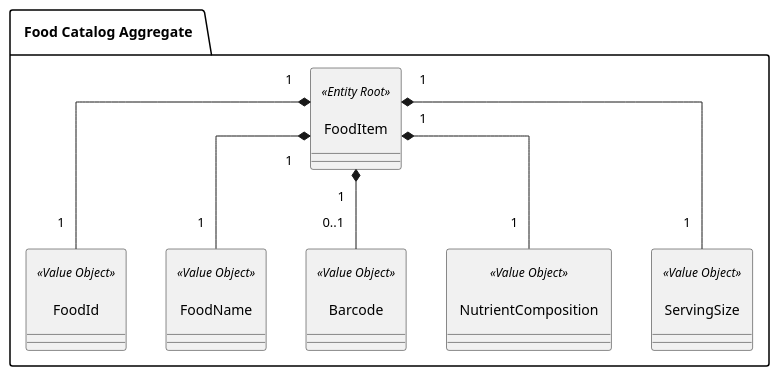
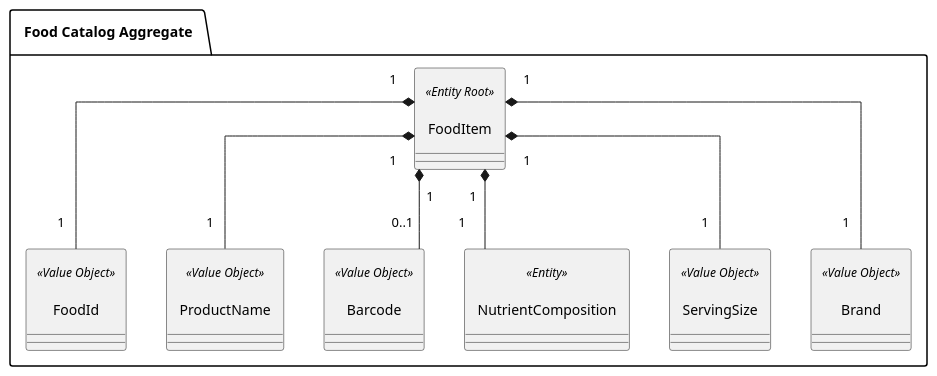
The diagram in backend/docs/global-artifacts/domainModel/domainModelExcerpts/food-catalog-aggregate.puml (Pedro-P21/FitMaxxer), drawn with PlantUML before and after one commit. The commit also changed 5 other files, not shown here.

```diff
--- a/backend/docs/global-artifacts/domainModel/domainModelExcerpts/food-catalog-aggregate.puml
+++ b/backend/docs/global-artifacts/domainModel/domainModelExcerpts/food-catalog-aggregate.puml
@@ -1,25 +1,28 @@
 @startuml
 top to bottom direction
 skinparam linetype ortho
 hide circle
 skinparam nodesep 40
 skinparam ranksep 80
 skinparam padding 10
 
 
 package "Food Catalog Aggregate" {
     class FoodItem <<Entity Root>> {}
     class FoodId <<Value Object>>  {}
-    class FoodName <<Value Object>> {}
+    class ProductName <<Value Object>> {}
     class Barcode <<Value Object>> {}
-    class NutrientComposition <<Value Object>> {}
+    class NutrientComposition <<Entity>> {}
     class ServingSize <<Value Object>> {}
+    class Brand <<Value Object>>{}
 }
 
 
 FoodItem "1" *-- "1" FoodId
-FoodItem "1" *-- "1" FoodName
+FoodItem "1" *-- "1" ProductName
 FoodItem "1" *-- "0..1" Barcode
 FoodItem "1" *-- "1" NutrientComposition
 FoodItem "1" *-- "1" ServingSize
+FoodItem "1" *-- "1" Brand
+
 @enduml
```
